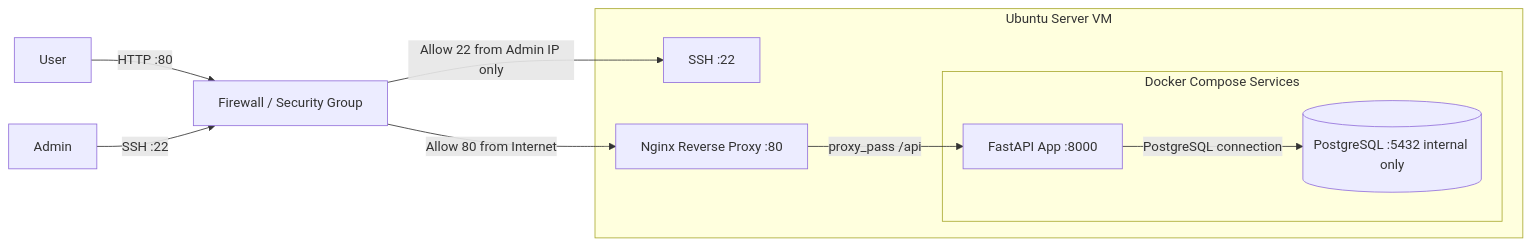
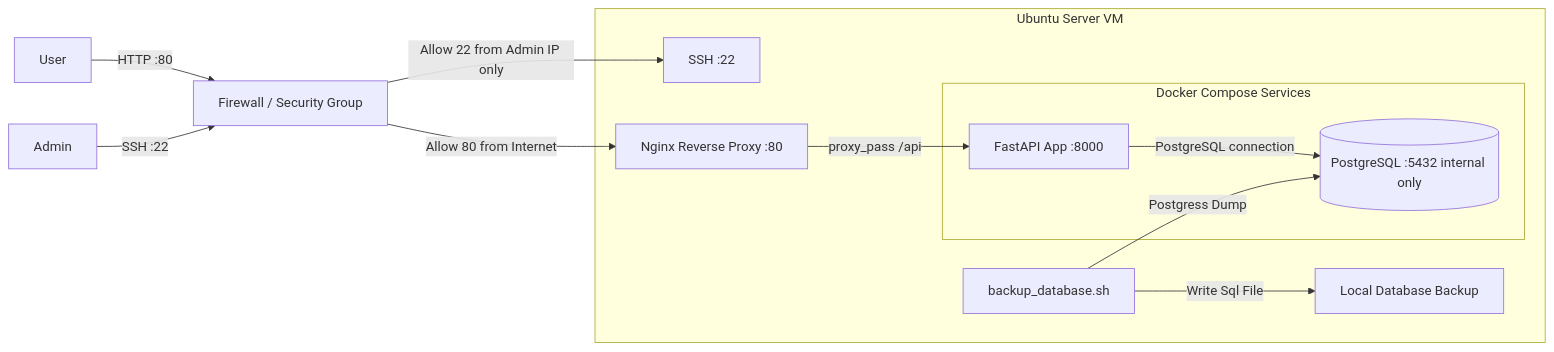
Before and after one commit to BrianGelhorn/InfraLabSingleVM: the diagram in docs/architecture.md, drawn with Mermaid.

Commit message:
Changed to HTTP and created database backup on Deployment Architecture

````diff
--- a/docs/architecture.md
+++ b/docs/architecture.md
@@ -2,25 +2,29 @@
 ```mermaid
 flowchart LR
     Admin[Admin]
     User[User]
 
     FW[Firewall / Security Group]
 
     subgraph VM[Ubuntu Server VM]
         SSH[SSH :22]
         Nginx[Nginx Reverse Proxy :80]
         subgraph Compose[Docker Compose Services]
             App[FastAPI App :8000]
             DB[(PostgreSQL :5432 internal only)]
         end
+        DbBackup[backup_database.sh]
+        LocalDbBackup[Local Database Backup]
     end
 
     User -->|HTTP :80| FW
     Admin -->|SSH :22| FW
 
     FW -->|Allow 80 from Internet| Nginx
     FW -->|Allow 22 from Admin IP only| SSH
 
     Nginx -->|proxy_pass /api| App
     App -->|PostgreSQL connection| DB
+    DbBackup -->|Postgress Dump| DB
+    DbBackup -->|Write Sql File| LocalDbBackup
 ```
````
